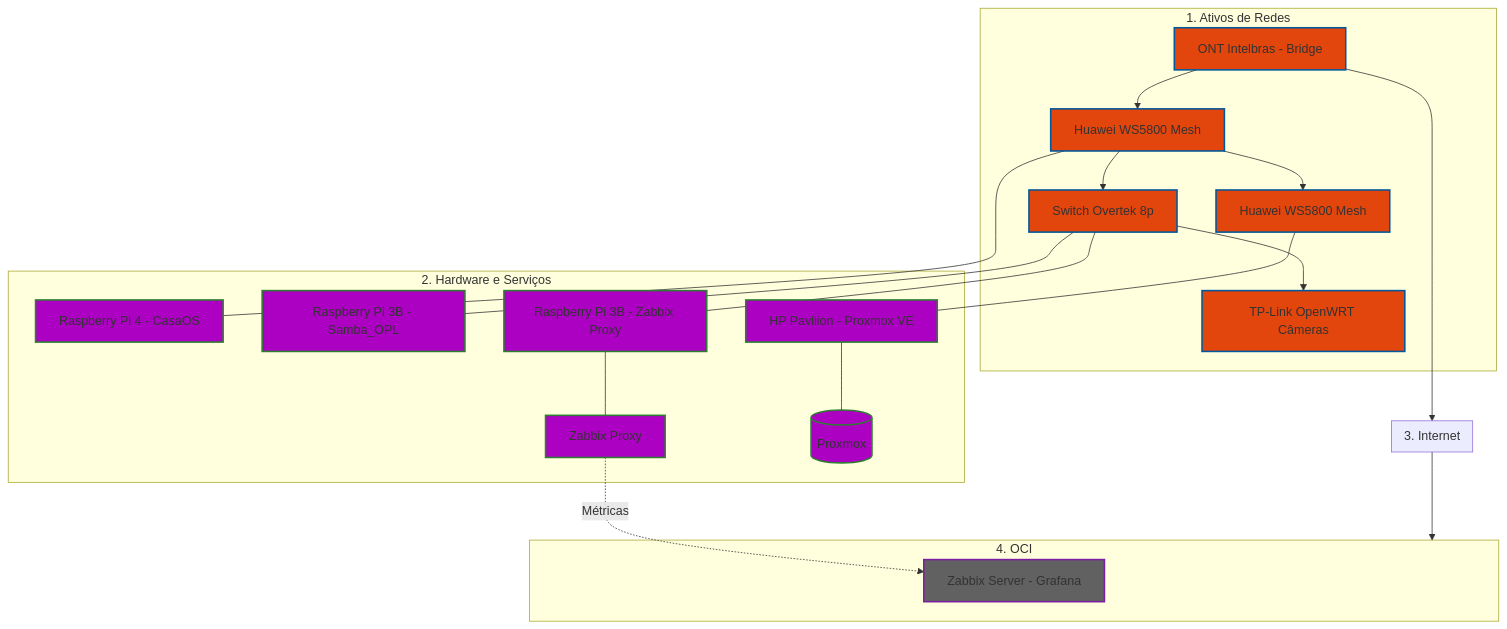
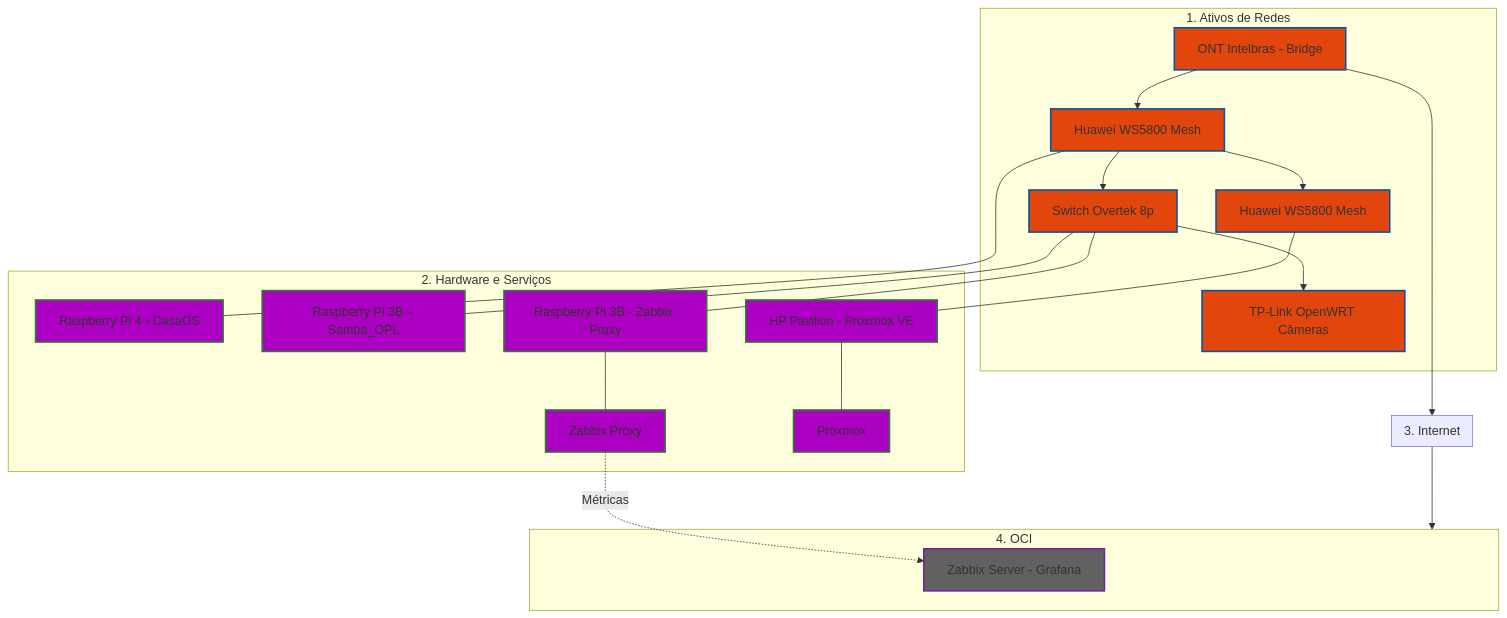
One commit to kevindexter22/Dr-Hardware-Autonet changed the diagram in Infraestructure/README.md. Above: the diagram before and after it, drawn with Mermaid.

````diff
--- a/Infraestructure/README.md
+++ b/Infraestructure/README.md
@@ -13,45 +13,45 @@
 ```mermaid
 graph TD
     %% Estilos
     classDef rede fill:#e3460d,stroke:#01579b,stroke-width:2px;
     classDef hardware fill:#AC00C2,stroke:#2e7d32,stroke-width:2px;
     classDef tunel fill:#fff3e0,stroke:#ef6c00,stroke-width:2px,stroke-dasharray: 5 5;
     classDef oci fill:#616161,stroke:#7b1fa2,stroke-width:2px;
 
     %% 1. ATIVOS DE REDE
     subgraph S1 [1. Ativos de Redes]
         ONT[ONT Intelbras - Bridge]:::rede --> R_Mesh1[Huawei WS5800 Mesh]:::rede
         R_Mesh1 --> R_Mesh2[Huawei WS5800 Mesh]:::rede
         R_Mesh1 --> SW1[Switch Overtek 8p]:::rede
         SW1 --> R_Cams[TP-Link OpenWRT Câmeras]:::rede
     end
 
     %% 2. HARDWARE E SERVIÇOS
     subgraph S2 [2. Hardware e Serviços]
         R_Mesh1 --- RPi4[Raspberry Pi 4 - CasaOS]:::hardware
         SW1 --- RPi3_1[Raspberry Pi 3B - Samba_OPL]:::hardware
         SW1 --- RPi3_2[Raspberry Pi 3B - Zabbix Proxy]:::hardware
         R_Mesh2 --- HP[HP Pavilion - Proxmox VE]:::hardware
         
         
         RPi3_2 --- ZP[Zabbix Proxy]:::hardware
-        HP --- PVE[(Proxmox)]:::hardware
+        HP --- PVE[Proxmox]:::hardware
     end
 
     %% 3. Internet (A PONTE)
     subgraph S3 [3. Internet]
     end
 
     %% 4. OCI
     subgraph S4 [4. OCI]
         ZS[Zabbix Server - Grafana]:::oci
     end
 
     %% Conexões de Fluxo de Dados para manter a ordem
     ONT --> S3
     S3 --> S4
     
     %% Relacionamentos lógicos (setas duplas para replicação)
     ZP -.-> |Métricas| ZS
 
 ```
````
